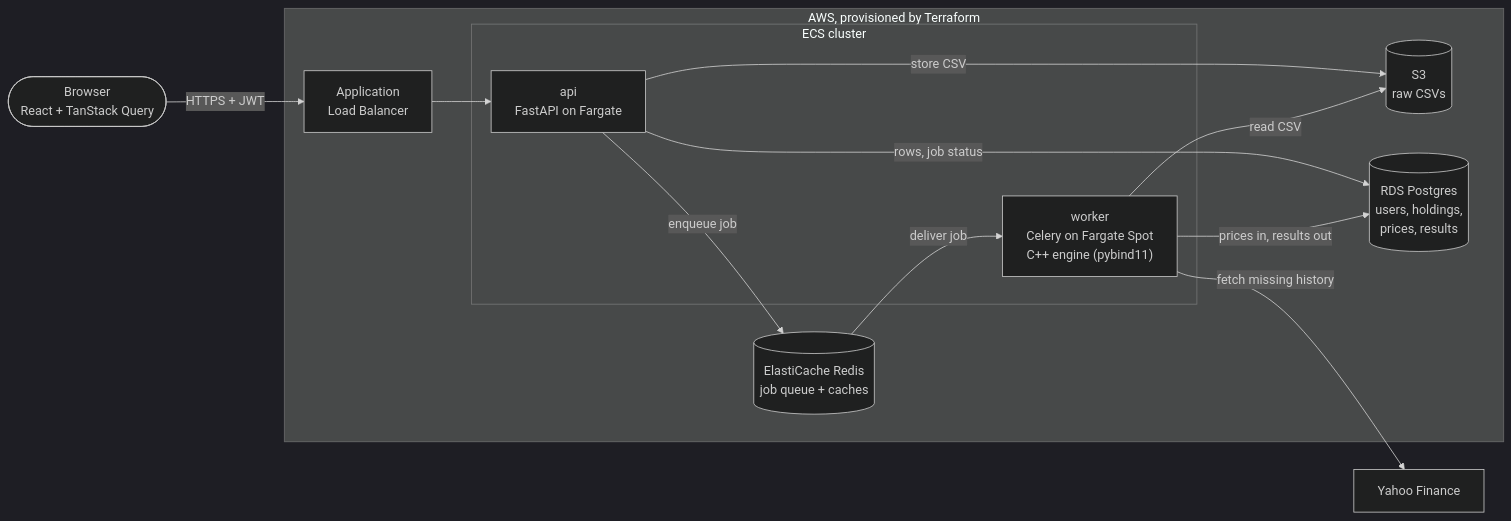
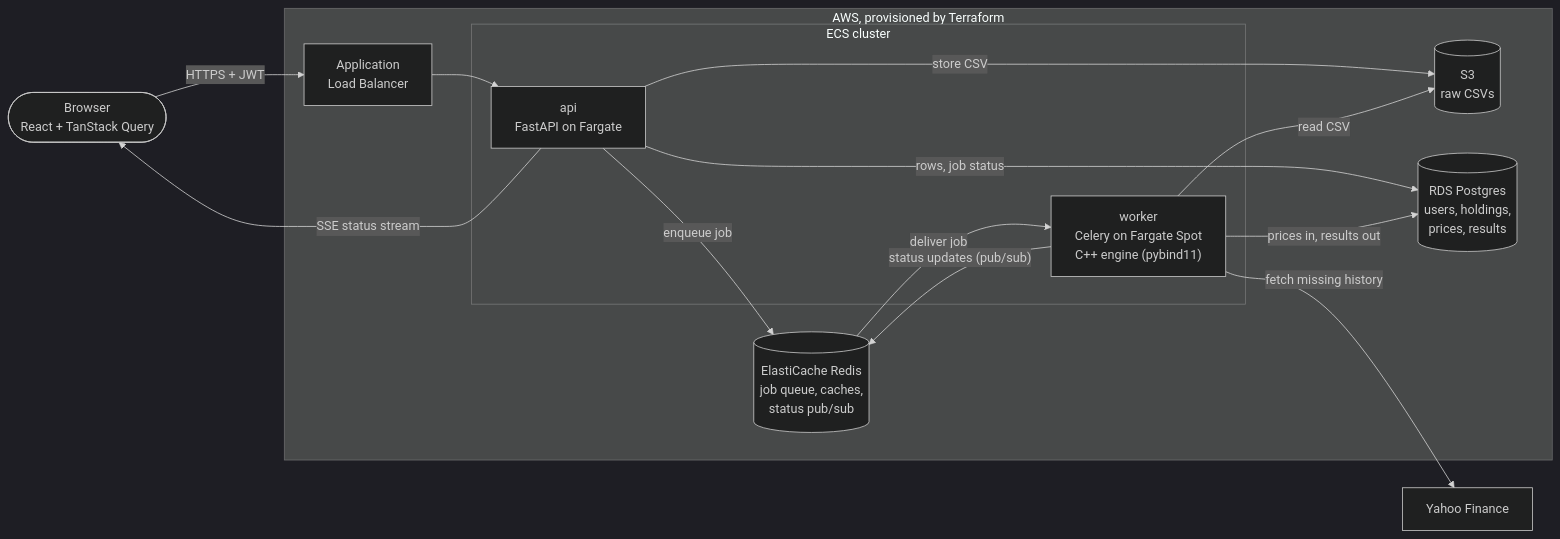
Before and after one commit to COPA100/Quantly: the diagram in README.md, drawn with Mermaid (dark theme). The commit also changed other lines of this file and 6 other files, not shown here.

Commit message:
consume status stream in frontend with polling fallback

````diff
--- a/README.md
+++ b/README.md
@@ -46,25 +46,27 @@
 ```mermaid
 flowchart LR
     browser(["Browser<br/>React + TanStack Query"])
     yahoo["Yahoo Finance"]
 
     subgraph aws ["AWS, provisioned by Terraform"]
         alb["Application<br/>Load Balancer"]
         subgraph ecs ["ECS cluster"]
             api["api<br/>FastAPI on Fargate"]
             worker["worker<br/>Celery on Fargate Spot<br/>C++ engine (pybind11)"]
         end
         s3[("S3<br/>raw CSVs")]
         rds[("RDS Postgres<br/>users, holdings,<br/>prices, results")]
-        redis[("ElastiCache Redis<br/>job queue + caches")]
+        redis[("ElastiCache Redis<br/>job queue, caches,<br/>status pub/sub")]
     end
 
     browser -- "HTTPS + JWT" --> alb --> api
     api -- "store CSV" --> s3
     api -- "rows, job status" --> rds
     api -- "enqueue job" --> redis
     redis -- "deliver job" --> worker
+    worker -- "status updates (pub/sub)" --> redis
+    api -- "SSE status stream" --> browser
     worker -- "read CSV" --> s3
     worker -- "prices in, results out" --> rds
     worker -- "fetch missing history" --> yahoo
 ```
````
